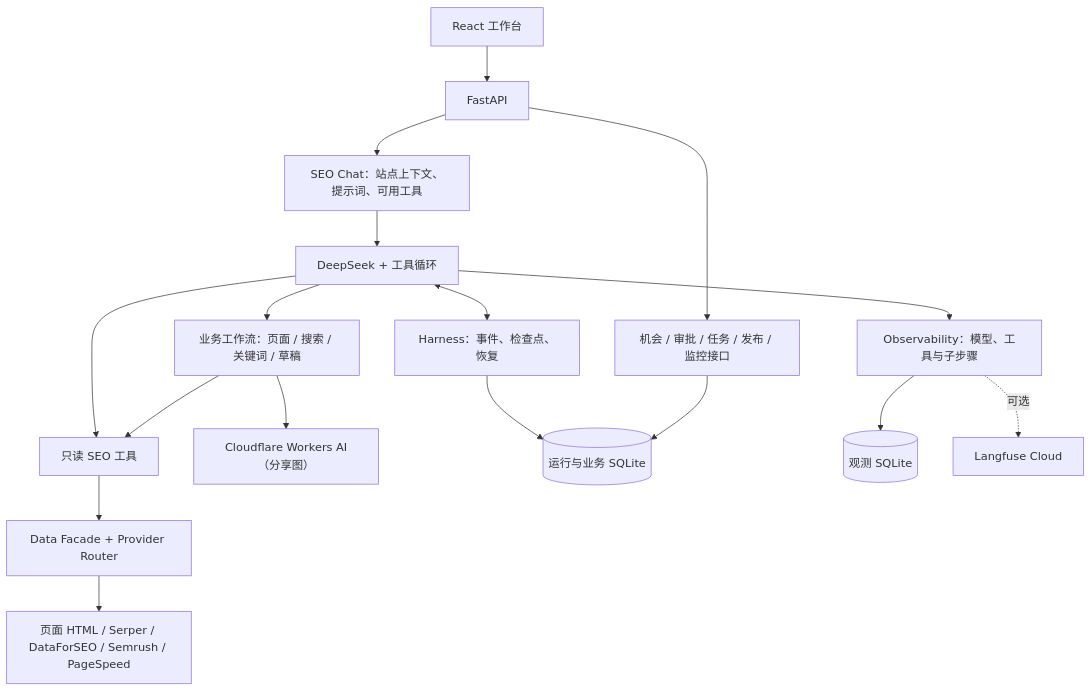
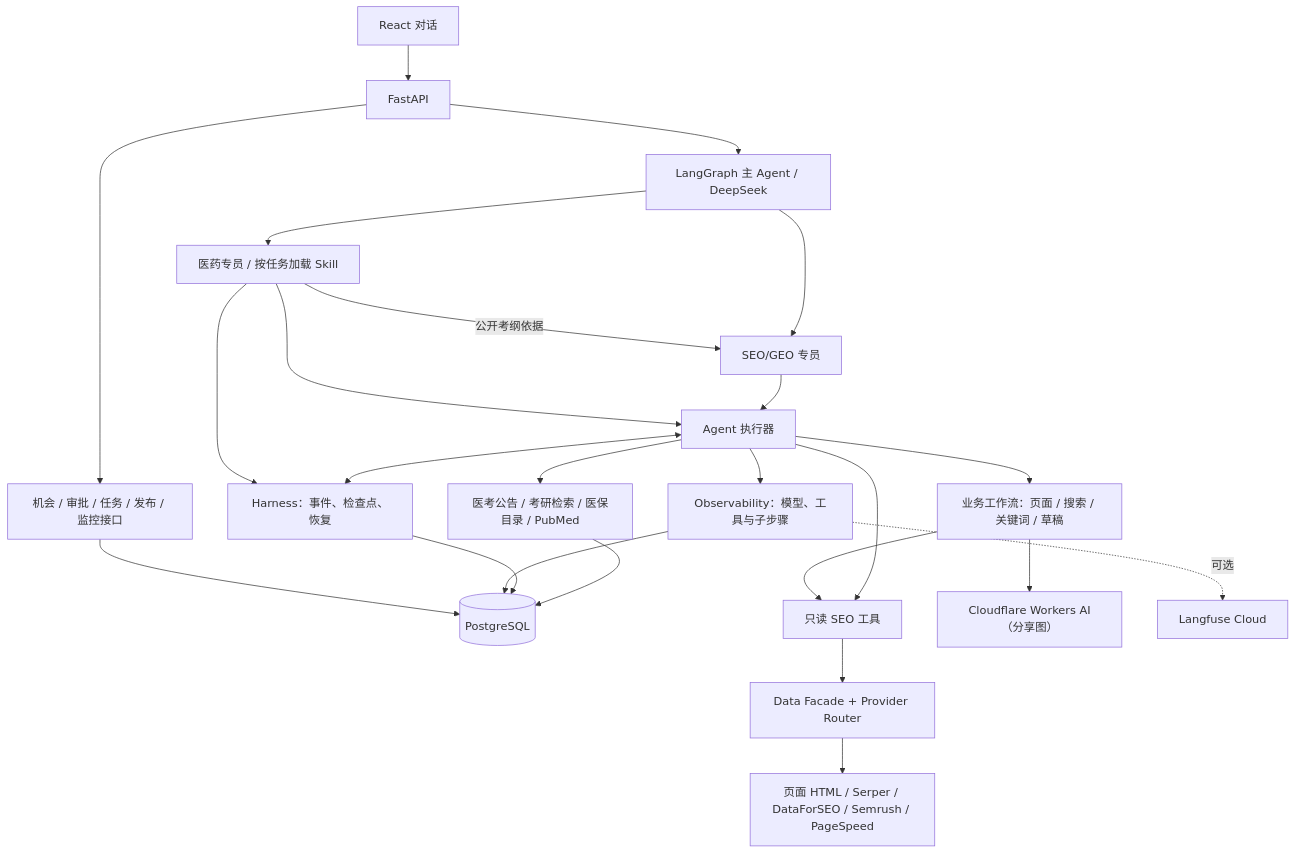
One commit to cheng-sir-0038/seo-diagnosis-agent changed the second of 3 diagrams in README.md. Above: the diagram before and after it, drawn with Mermaid. The commit also changed other lines of this file and 140 other files, not shown here.

````diff
--- a/README.md
+++ b/README.md
@@ -33,19 +57,26 @@
 ```mermaid
 flowchart TB
-    UI["React 工作台"] --> API["FastAPI"]
-    API --> CHAT["SEO Chat：站点上下文、提示词、可用工具"]
-    CHAT --> LOOP["DeepSeek + 工具循环"]
-    LOOP --> WF["业务工作流：页面 / 搜索 / 关键词 / 草稿"]
-    LOOP --> TOOL["只读 SEO 工具"]
+    UI["React 对话"] --> API["FastAPI"]
+    API --> MAIN["LangGraph 主 Agent / DeepSeek"]
+    MAIN --> MED["医药专员 / 按任务加载 Skill"]
+    MAIN --> SEO["SEO/GEO 专员"]
+    MED -->|公开考纲依据| SEO
+    SEO --> EXEC["Agent 执行器"]
+    MED --> EXEC
+    EXEC --> HEALTH["医考公告 / 考研检索 / 医保目录 / PubMed"]
+    HEALTH --> RUNDB
+    EXEC --> WF["业务工作流：页面 / 搜索 / 关键词 / 草稿"]
+    EXEC --> TOOL["只读 SEO 工具"]
     WF --> TOOL
     WF --> CF["Cloudflare Workers AI（分享图）"]
     TOOL --> DATA["Data Facade + Provider Router"]
     DATA --> EXT["页面 HTML / Serper / DataForSEO / Semrush / PageSpeed"]
-    LOOP <--> HARNESS["Harness：事件、检查点、恢复"]
-    HARNESS --> RUNDB[("运行与业务 SQLite")]
-    LOOP --> OBS["Observability：模型、工具与子步骤"]
-    OBS --> OBSDB[("观测 SQLite")]
+    EXEC <--> HARNESS["Harness：事件、检查点、恢复"]
+    MED --> HARNESS
+    HARNESS --> RUNDB[("PostgreSQL")]
+    EXEC --> OBS["Observability：模型、工具与子步骤"]
+    OBS --> RUNDB
     OBS -.->|可选| LF["Langfuse Cloud"]
     API --> BIZ["机会 / 审批 / 任务 / 发布 / 监控接口"]
     BIZ --> RUNDB
 ```
````
